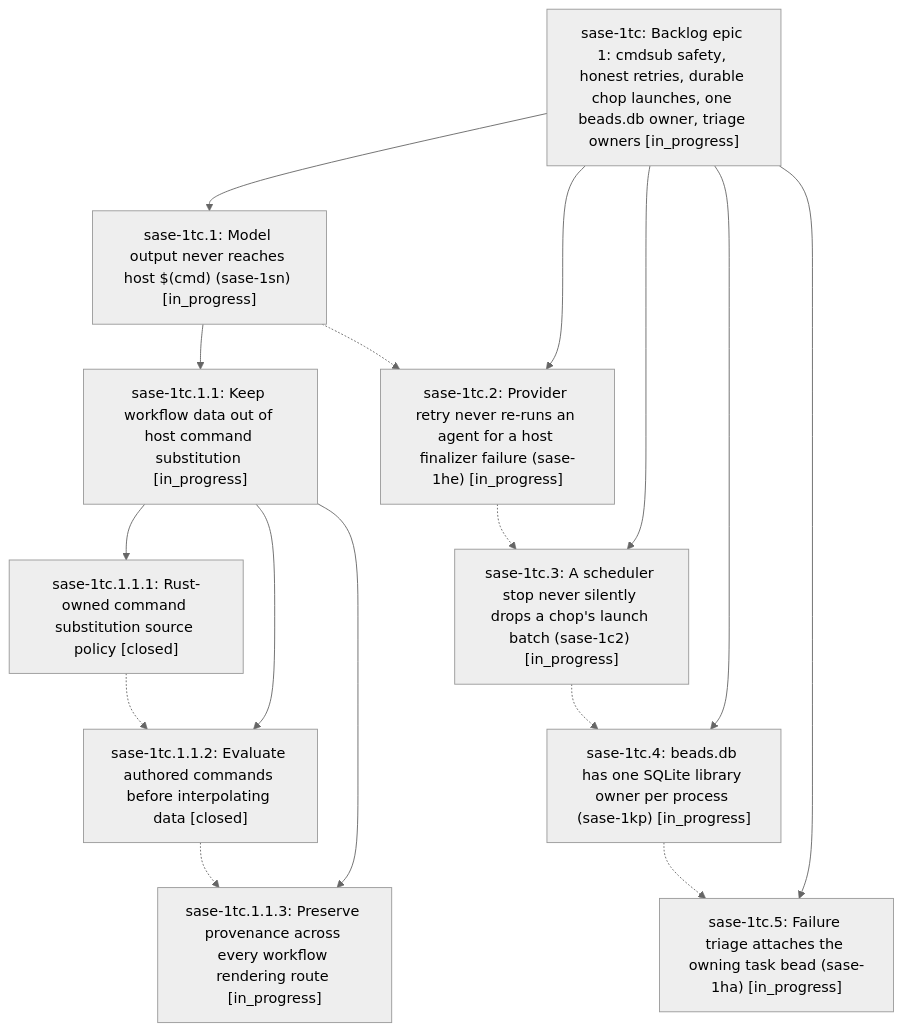
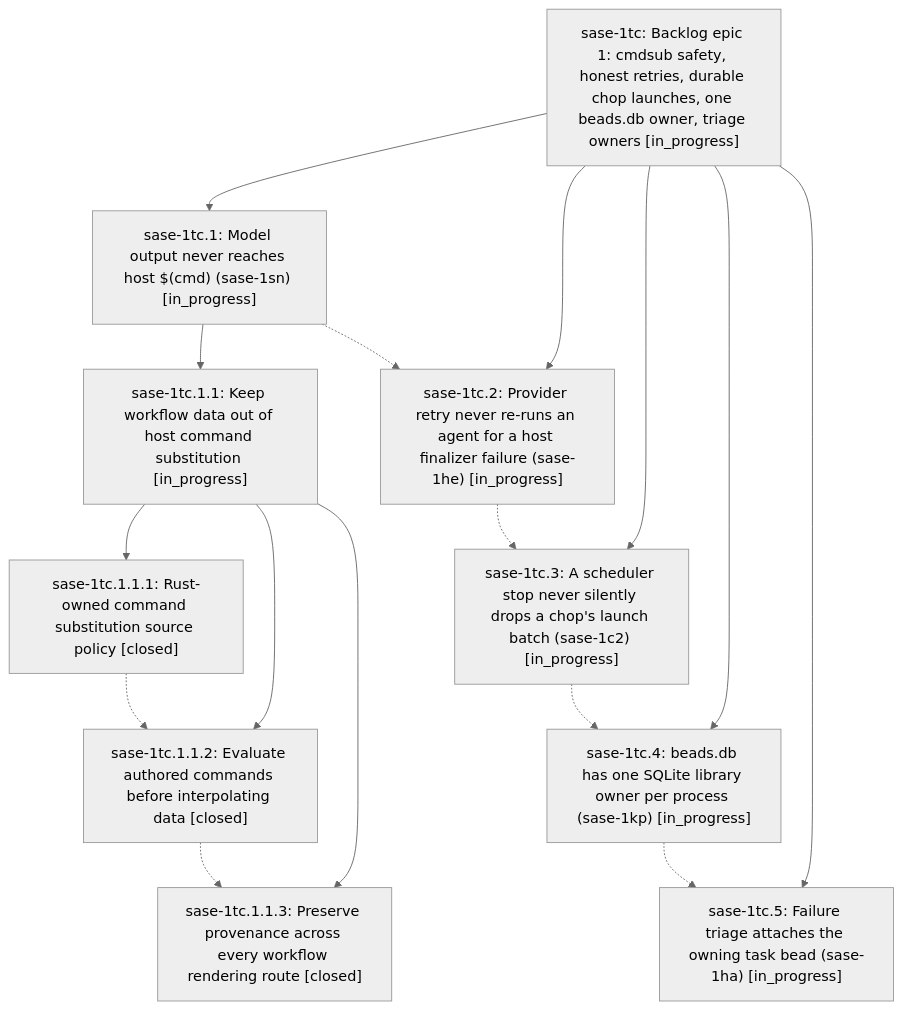
Before and after one commit to sase-org/sase--beads: the diagram in pages/sase-1tc/README.md, drawn with Mermaid (neutral theme). The commit also changed other lines of this file and 4 other files, not shown here.

````diff
--- a/pages/sase-1tc/README.md
+++ b/pages/sase-1tc/README.md
@@ -38,28 +40,28 @@
 ```mermaid
 flowchart TD
     n0["sase-1tc: Backlog epic 1: cmdsub safety, honest retries, durable chop launches, one beads.db owner, triage owners [in_progress]"]
     n1["sase-1tc.1: Model output never reaches host $(cmd) (sase-1sn) [in_progress]"]
     n2["sase-1tc.1.1: Keep workflow data out of host command substitution [in_progress]"]
     n3["sase-1tc.1.1.1: Rust-owned command substitution source policy [closed]"]
     n4["sase-1tc.1.1.2: Evaluate authored commands before interpolating data [closed]"]
-    n5["sase-1tc.1.1.3: Preserve provenance across every workflow rendering route [in_progress]"]
+    n5["sase-1tc.1.1.3: Preserve provenance across every workflow rendering route [closed]"]
     n6["sase-1tc.2: Provider retry never re-runs an agent for a host finalizer failure (sase-1he) [in_progress]"]
     n7["sase-1tc.3: A scheduler stop never silently drops a chop's launch batch (sase-1c2) [in_progress]"]
     n8["sase-1tc.4: beads.db has one SQLite library owner per process (sase-1kp) [in_progress]"]
     n9["sase-1tc.5: Failure triage attaches the owning task bead (sase-1ha) [in_progress]"]
     n0 --> n1
     n1 --> n2
     n2 --> n3
     n2 --> n4
     n2 --> n5
     n0 --> n6
     n0 --> n7
     n0 --> n8
     n0 --> n9
     n1 -.-> n6
     n3 -.-> n4
     n4 -.-> n5
     n6 -.-> n7
     n7 -.-> n8
     n8 -.-> n9
 ```
````
